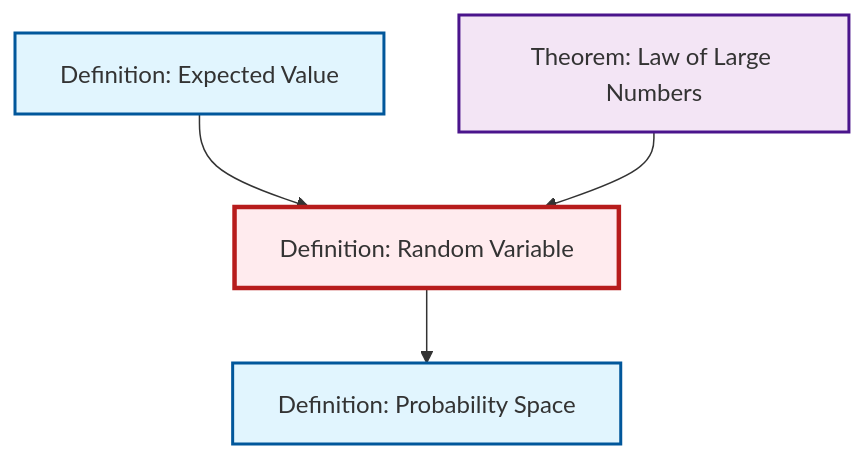
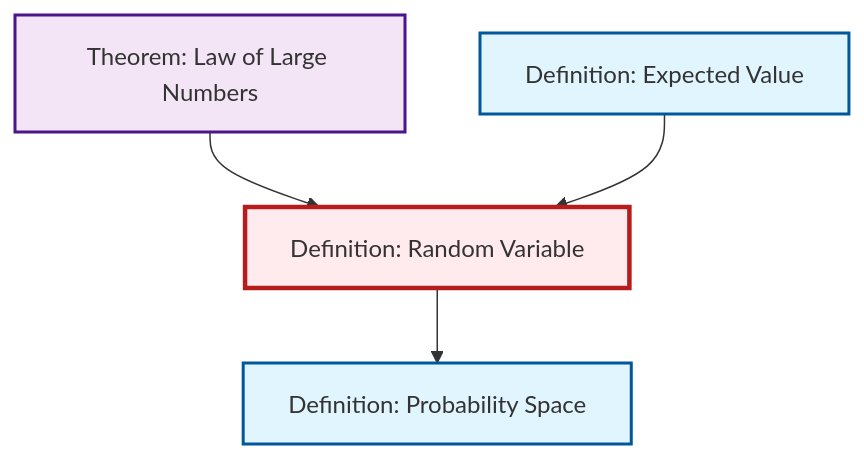
The diagram in content/en/probability-statistics/def-random-variable.qmd (RK0429/ModernMath), drawn with Mermaid before and after one commit. The commit also changed other lines of this file and 434 other files, not shown here.

````diff
--- a/content/en/probability-statistics/def-random-variable.qmd
+++ b/content/en/probability-statistics/def-random-variable.qmd
@@ -47,20 +47,20 @@
 ```{mermaid}
 %%| fig-cap: "Local dependency graph"
 graph TD
     classDef definition fill:#e1f5fe,stroke:#01579b,stroke-width:2px
     classDef theorem fill:#f3e5f5,stroke:#4a148c,stroke-width:2px
     classDef axiom fill:#fff3e0,stroke:#e65100,stroke-width:2px
     classDef example fill:#e8f5e9,stroke:#1b5e20,stroke-width:2px
     classDef current fill:#ffebee,stroke:#b71c1c,stroke-width:3px
-    def-expectation["Definition: Expected Value"]:::definition
-    thm-law-of-large-numbers["Theorem: Law of Large Numbers"]:::theorem
     def-random-variable["Definition: Random Variable"]:::definition
     def-probability-space["Definition: Probability Space"]:::definition
+    thm-law-of-large-numbers["Theorem: Law of Large Numbers"]:::theorem
+    def-expectation["Definition: Expected Value"]:::definition
     def-random-variable --> def-probability-space
+    thm-law-of-large-numbers --> def-random-variable
     def-expectation --> def-random-variable
-    thm-law-of-large-numbers --> def-random-variable
     class def-random-variable current
+    click def-probability-space "def-probability-space.html" "Go to Probability Space definition"
+    click thm-law-of-large-numbers "thm-law-of-large-numbers.html" "Go to Law of Large Numbers theorem"
     click def-expectation "def-expectation.html" "Go to Expected Value definition"
-    click thm-law-of-large-numbers "thm-law-of-large-numbers.html" "Go to Law of Large Numbers theorem"
-    click def-probability-space "def-probability-space.html" "Go to Probability Space definition"
 ```
````
